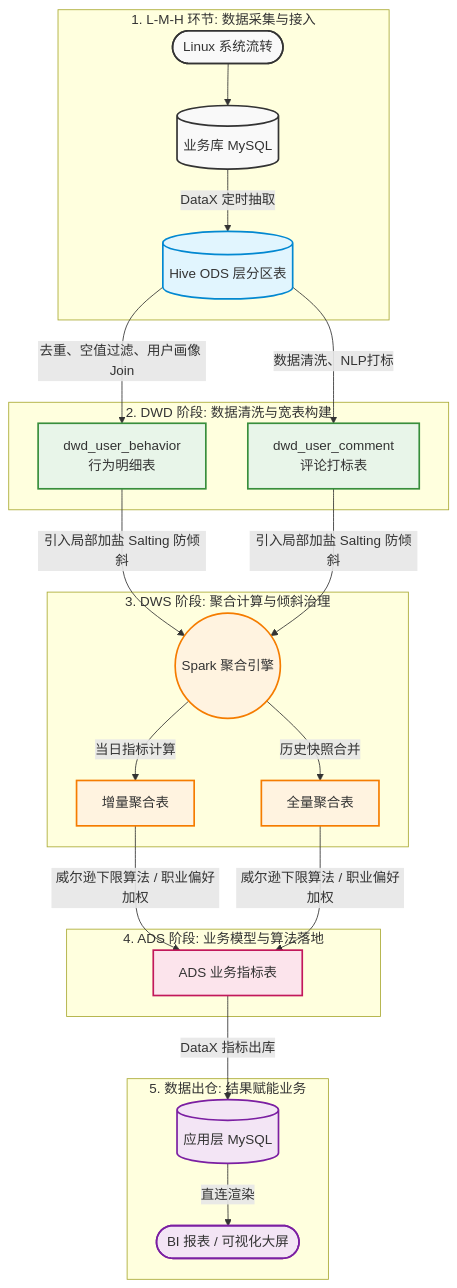
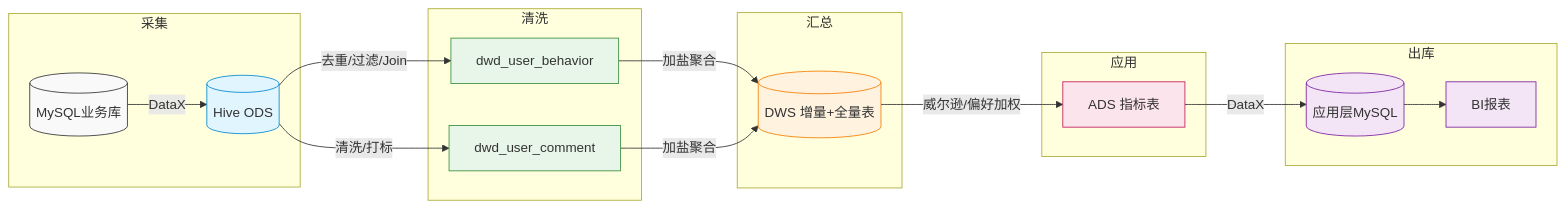
One commit to jwdghmld/- changed the diagram in README.md. Above: the diagram before and after it, drawn with Mermaid. The commit also changed other lines of this file, not shown here.

````diff
--- a/README.md
+++ b/README.md
@@ -96,51 +98,40 @@
 ```mermaid
-graph TD
-    %% 定义全局节点样式
-    classDef source fill:#f9f9f9,stroke:#333,stroke-width:2px;
-    classDef ods fill:#e1f5fe,stroke:#0288d1,stroke-width:2px;
-    classDef dwd fill:#e8f5e9,stroke:#388e3c,stroke-width:2px;
-    classDef dws fill:#fff3e0,stroke:#f57c00,stroke-width:2px;
-    classDef ads fill:#fce4ec,stroke:#c2185b,stroke-width:2px;
-    classDef export fill:#f3e5f5,stroke:#7b1fa2,stroke-width:2px;
+graph LR
+    %% 定义样式
+    classDef base fill:#f9f9f9,stroke:#333,stroke-width:1px;
+    classDef ods fill:#e1f5fe,stroke:#0288d1,stroke-width:1px;
+    classDef dwd fill:#e8f5e9,stroke:#388e3c,stroke-width:1px;
+    classDef dws fill:#fff3e0,stroke:#f57c00,stroke-width:1px;
+    classDef ads fill:#fce4ec,stroke:#c2185b,stroke-width:1px;
+    classDef out fill:#f3e5f5,stroke:#7b1fa2,stroke-width:1px;
 
-    %% L-M-H 数据采集环节
-    subgraph Layer_1 [1. L-M-H 环节: 数据采集与接入]
-        Linux([Linux 系统流转]) --> MySQL_Biz[(业务库 MySQL)]
-        MySQL_Biz -->|DataX 定时抽取| ODS[(Hive ODS 层分区表)]
+    subgraph 采集
+        MySQL_Biz[(MySQL业务库)] -->|DataX| ODS[(Hive ODS)]
     end
 
-    %% DWD 明细层
-    subgraph Layer_2 [2. DWD 阶段: 数据清洗与宽表构建]
-        ODS -->|去重、空值过滤、用户画像 Join| DWD_Behavior[dwd_user_behavior<br>行为明细表]
-        ODS -->|数据清洗、NLP打标| DWD_Comment[dwd_user_comment<br>评论打标表]
+    subgraph 清洗
+        ODS -->|去重/过滤/Join| Behavior[dwd_user_behavior]
+        ODS -->|清洗/打标| Comment[dwd_user_comment]
     end
 
-    %% DWS 汇总层
-    subgraph Layer_3 [3. DWS 阶段: 聚合计算与倾斜治理]
-        DWD_Behavior -->|引入局部加盐 Salting 防倾斜| DWS_Engine((Spark 聚合引擎))
-        DWD_Comment -->|引入局部加盐 Salting 防倾斜| DWS_Engine
-        
-        DWS_Engine -->|当日指标计算| DWS_Inc[增量聚合表]
-        DWS_Engine -->|历史快照合并| DWS_Full[全量聚合表]
+    subgraph 汇总
+        Behavior -->|加盐聚合| DWS[(DWS 增量+全量表)]
+        Comment -->|加盐聚合| DWS
     end
 
-    %% ADS 应用层
-    subgraph Layer_4 [4. ADS 阶段: 业务模型与算法落地]
-        DWS_Inc -->|威尔逊下限算法 / 职业偏好加权| ADS_Table[ADS 业务指标表]
-        DWS_Full -->|威尔逊下限算法 / 职业偏好加权| ADS_Table
+    subgraph 应用
+        DWS -->|威尔逊/偏好加权| ADS[ADS 指标表]
     end
 
-    %% 数据出仓
-    subgraph Layer_5 [5. 数据出仓: 结果赋能业务]
-        ADS_Table -->|DataX 指标出库| MySQL_App[(应用层 MySQL)]
-        MySQL_App -->|直连渲染| BI([BI 报表 / 可视化大屏])
+    subgraph 出库
+        ADS -->|DataX| MySQL_App[(应用层MySQL)]
+        MySQL_App --> BI[BI报表]
     end
 
-    %% 应用颜色样式
-    class Linux,MySQL_Biz source;
+    class MySQL_Biz base;
     class ODS ods;
-    class DWD_Behavior,DWD_Comment dwd;
-    class DWS_Engine,DWS_Inc,DWS_Full dws;
-    class ADS_Table ads;
-    class MySQL_App,BI export;
+    class Behavior,Comment dwd;
+    class DWS dws;
+    class ADS ads;
+    class MySQL_App,BI out;
 ```
````
